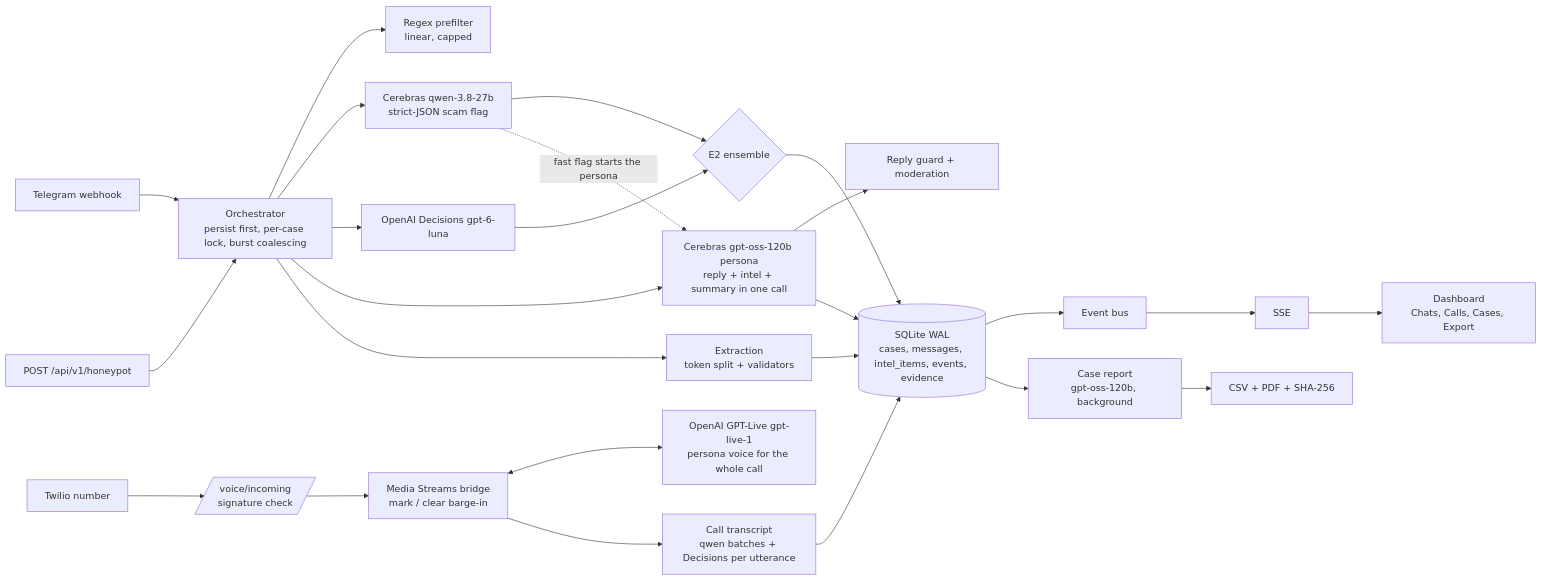
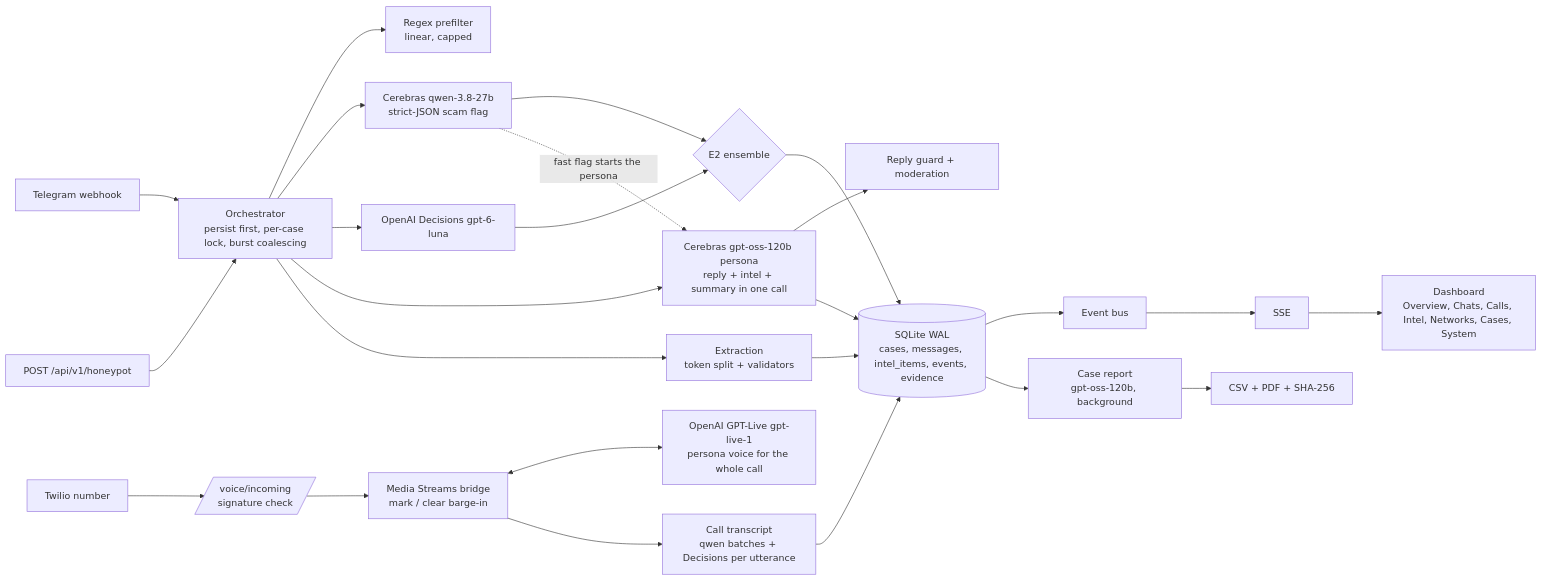
Before and after one commit to diyaavirmani/scam-bait-ai: the diagram in README.md, drawn with Mermaid. The commit also changed other lines of this file and 45 other files, not shown here.

````diff
--- a/README.md
+++ b/README.md
@@ -17,23 +17,23 @@
 ```mermaid
 flowchart LR
   tg[Telegram webhook] --> orch
   api[POST /api/v1/honeypot] --> orch
   orch[Orchestrator<br/>persist first, per-case lock, burst coalescing]
   orch --> pre[Regex prefilter<br/>linear, capped]
   orch --> flag[Cerebras qwen-3.8-27b<br/>strict-JSON scam flag]
   orch --> dec[OpenAI Decisions gpt-6-luna]
   flag --> e2{E2 ensemble}
   dec --> e2
   flag -. fast flag starts the persona .-> per
   orch --> per[Cerebras gpt-oss-120b persona<br/>reply + intel + summary in one call]
   per --> guard[Reply guard + moderation]
   orch --> ext[Extraction<br/>token split + validators]
   ext --> db[(SQLite WAL<br/>cases, messages, intel_items, events, evidence)]
   per --> db
   e2 --> db
-  db --> bus[Event bus] --> sse[SSE] --> ui[Dashboard<br/>Chats, Calls, Cases, Export]
+  db --> bus[Event bus] --> sse[SSE] --> ui[Dashboard<br/>Overview, Chats, Calls, Intel, Networks, Cases, System]
   db --> rep[Case report<br/>gpt-oss-120b, background] --> pack[CSV + PDF + SHA-256]
   call[Twilio number] --> tw[/voice/incoming<br/>signature check/] --> br[Media Streams bridge<br/>mark / clear barge-in]
   br <--> live[OpenAI GPT-Live gpt-live-1<br/>persona voice for the whole call]
   br --> orch2[Call transcript<br/>qwen batches + Decisions per utterance] --> db
 ```
````
